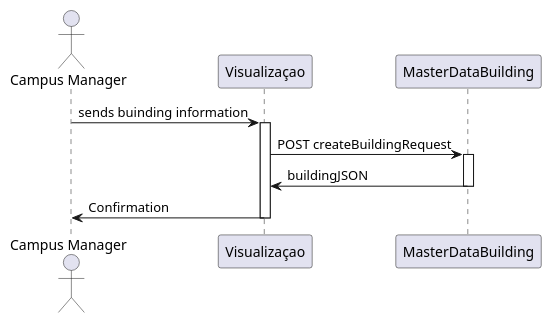
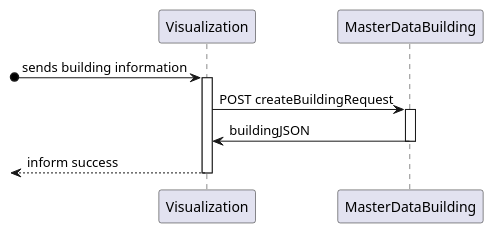
Before and after one commit to Pedro-Pereira1/sem5pi_23_24_g056: the diagram in docs/US_150/Diagrams/Level2/ProcessView.puml, drawn with PlantUML. The commit also changed 14 other files, not shown here.

Commit message:
Fixed error in all process view level 2 diagrams

```diff
--- a/docs/US_150/Diagrams/Level2/ProcessView.puml
+++ b/docs/US_150/Diagrams/Level2/ProcessView.puml
@@ -1,22 +1,21 @@
 @startuml SequenceDiagramLevel2
 
 
-actor "Campus Manager" as CM
-participant Visualizaçao
+participant Visualization
 participant MasterDataBuilding
 
-CM -> Visualizaçao : sends buinding information
-activate Visualizaçao
+?o-> Visualization : sends building information
+activate Visualization
 
-Visualizaçao -> MasterDataBuilding : POST createBuildingRequest
+Visualization -> MasterDataBuilding : POST createBuildingRequest
 activate MasterDataBuilding
 
-MasterDataBuilding -> Visualizaçao : buildingJSON
+MasterDataBuilding -> Visualization : buildingJSON
 
 deactivate MasterDataBuilding
 
-Visualizaçao -> CM : Confirmation
-deactivate Visualizaçao
+<-- Visualization: inform success
+deactivate Visualization
 
 
 @enduml
```
